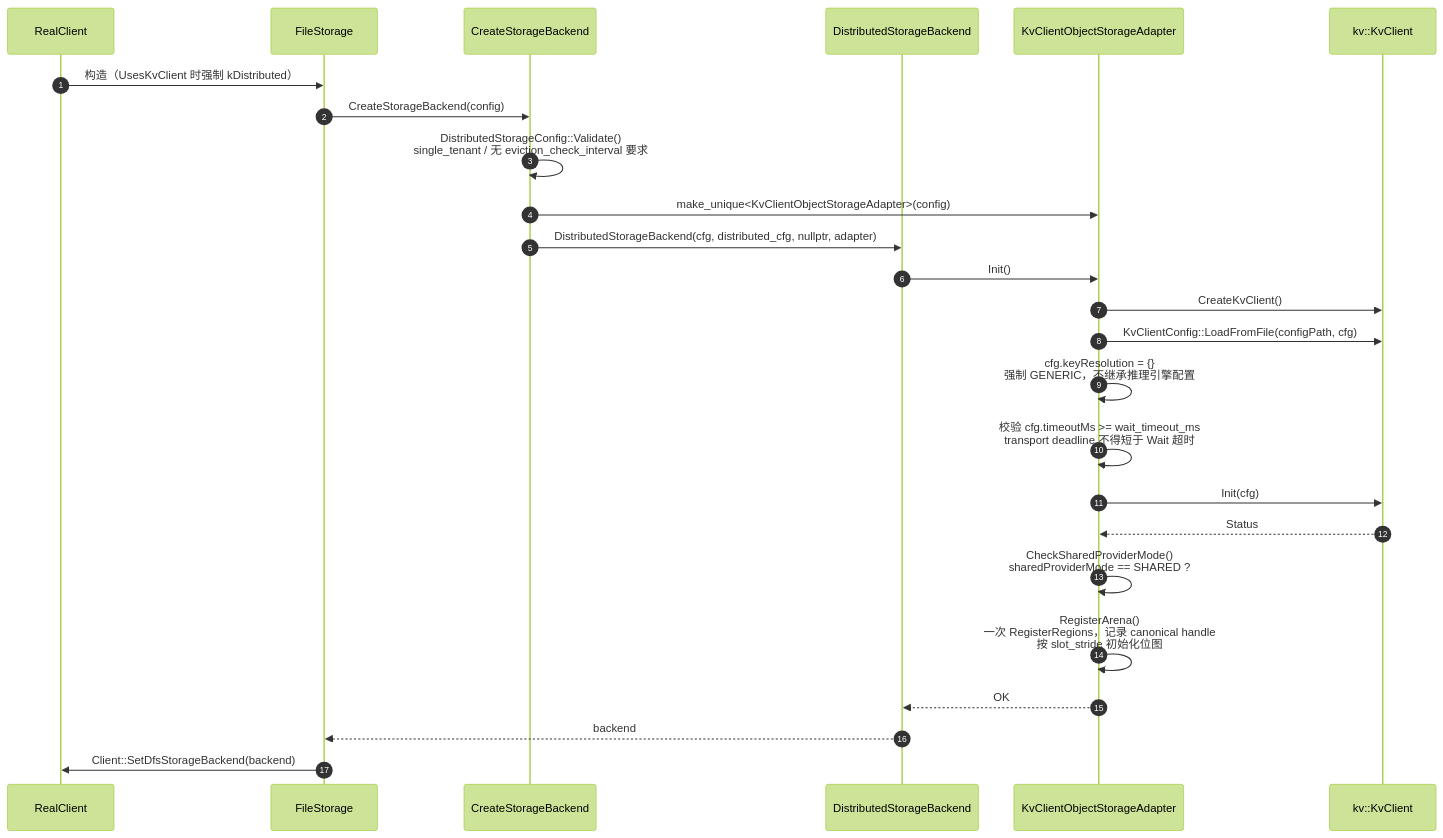
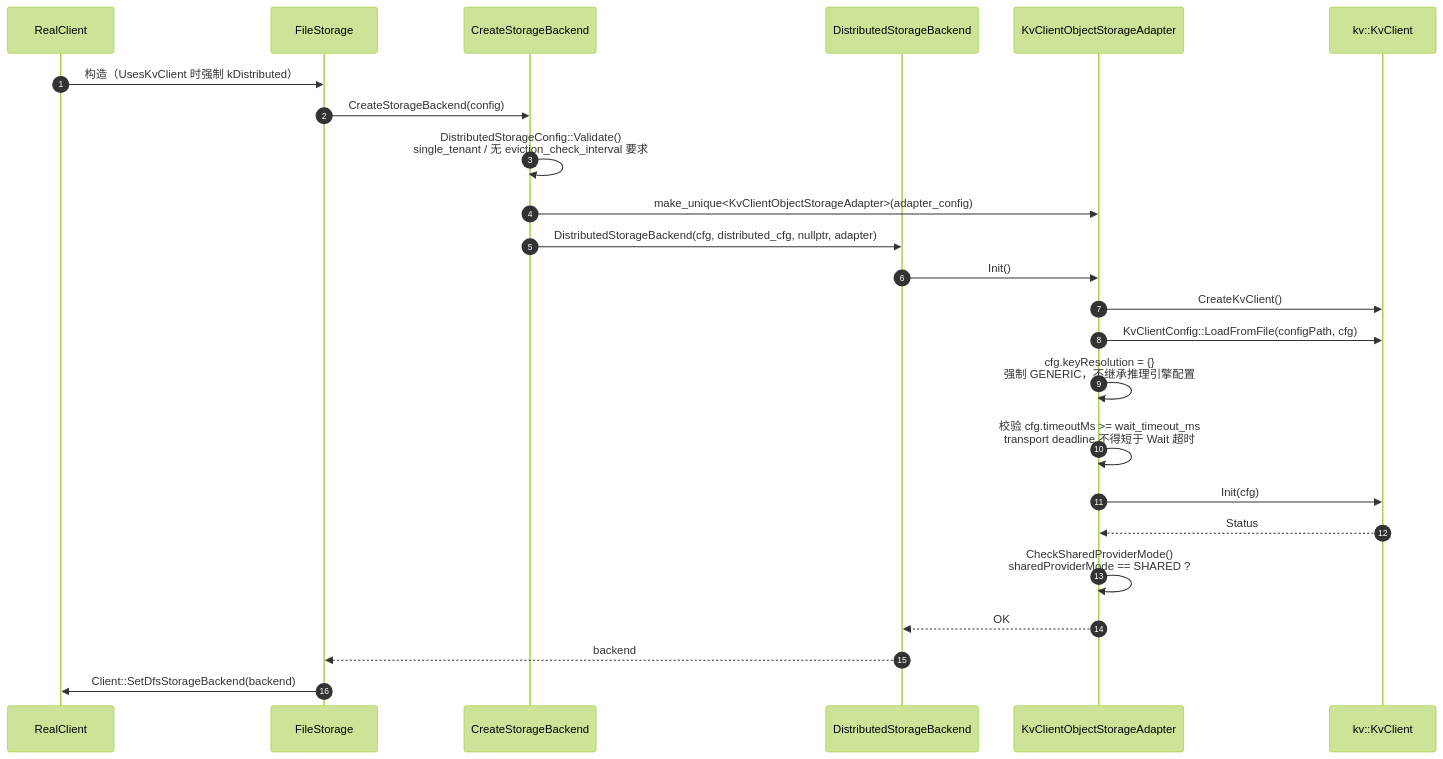
One commit to zwj20000328-dotcom/Mooncake-documents changed the eighth of 13 diagrams in Mooncake + KVClient L3 接入（Kvcs）- v3.md. Above: the diagram before and after it, drawn with Mermaid (forest theme). The commit also changed other lines of this file, not shown here.

First line of the commit message:
docs: register caller buffers per batch inside the adapter

````diff
--- a/Mooncake + KVClient L3 接入（Kvcs）- v3.md
+++ b/Mooncake + KVClient L3 接入（Kvcs）- v3.md
@@ -551,28 +548,27 @@
 ```mermaid
 sequenceDiagram
     autonumber
     participant RC as RealClient
     participant FS as FileStorage
     participant F as CreateStorageBackend
     participant BE as DistributedStorageBackend
     participant AD as KvClientObjectStorageAdapter
     participant SDK as kv::KvClient
 
     RC->>FS: 构造（UsesKvClient 时强制 kDistributed）
     FS->>F: CreateStorageBackend(config)
     F->>F: DistributedStorageConfig::Validate()<br/>single_tenant / 无 eviction_check_interval 要求
-    F->>AD: make_unique<KvClientObjectStorageAdapter>(config)
+    F->>AD: make_unique<KvClientObjectStorageAdapter>(adapter_config)
     F->>BE: DistributedStorageBackend(cfg, distributed_cfg, nullptr, adapter)
     BE->>AD: Init()
     AD->>SDK: CreateKvClient()
     AD->>SDK: KvClientConfig::LoadFromFile(configPath, cfg)
     AD->>AD: cfg.keyResolution = {}<br/>强制 GENERIC，不继承推理引擎配置
     AD->>AD: 校验 cfg.timeoutMs >= wait_timeout_ms<br/>transport deadline 不得短于 Wait 超时
     AD->>SDK: Init(cfg)
     SDK-->>AD: Status
     AD->>AD: CheckSharedProviderMode()<br/>sharedProviderMode == SHARED ?
-    AD->>AD: RegisterArena()<br/>一次 RegisterRegions，记录 canonical handle<br/>按 slot_stride 初始化位图
     AD-->>BE: OK
     BE-->>FS: backend
     FS->>RC: Client::SetDfsStorageBackend(backend)
 ```
````
